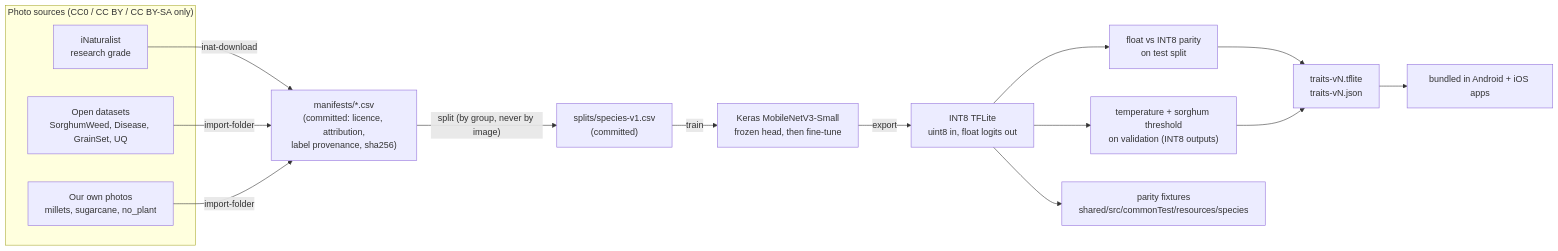
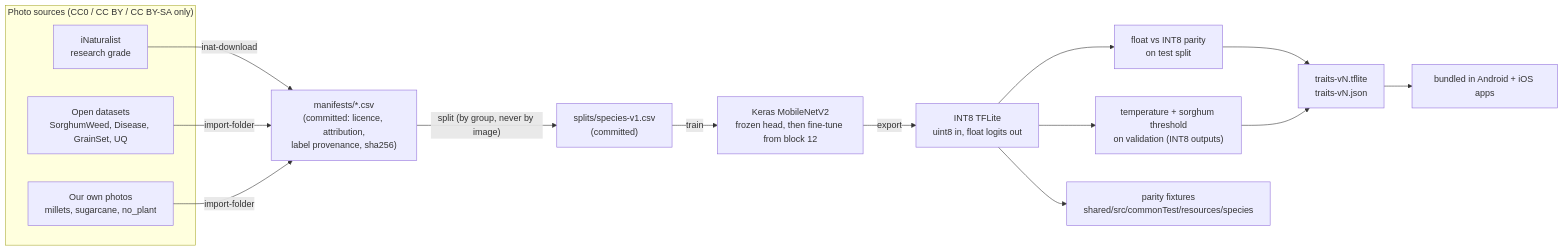
One commit to devabdullahi/Application-for-Sorghum-phenotype-identification- changed the diagram in docs/flows/07-model-training-pipeline.mermaid. Above: the diagram before and after it, drawn with Mermaid. The commit also changed 4 other files, not shown here.

First line of the commit message:
docs: ADR-0010, MobileNetV2 backbone converted with TensorFlow 2.17

```diff
--- a/docs/flows/07-model-training-pipeline.mermaid
+++ b/docs/flows/07-model-training-pipeline.mermaid
@@ -1,19 +1,19 @@
 %% Status: code written on feature/model-species-head; train/export not run yet (see model/README.md).
 flowchart LR
     subgraph Sources["Photo sources (CC0 / CC BY / CC BY-SA only)"]
         INAT["iNaturalist<br/>research grade"]
         OPEN["Open datasets<br/>SorghumWeed, Disease, GrainSet, UQ"]
         TEAM["Our own photos<br/>millets, sugarcane, no_plant"]
     end
 
     INAT -- "inat-download" --> MAN["manifests/*.csv<br/>(committed: licence, attribution,<br/>label provenance, sha256)"]
     OPEN -- "import-folder" --> MAN
     TEAM -- "import-folder" --> MAN
     MAN -- "split (by group, never by image)" --> SPL["splits/species-v1.csv<br/>(committed)"]
-    SPL -- "train" --> KER["Keras MobileNetV3-Small<br/>frozen head, then fine-tune"]
+    SPL -- "train" --> KER["Keras MobileNetV2<br/>frozen head, then fine-tune from block 12"]
     KER -- "export" --> Q["INT8 TFLite<br/>uint8 in, float logits out"]
     Q --> PAR["float vs INT8 parity<br/>on test split"]
     Q --> CAL["temperature + sorghum threshold<br/>on validation (INT8 outputs)"]
     PAR & CAL --> OUT["traits-vN.tflite<br/>traits-vN.json"]
     Q --> FIX["parity fixtures<br/>shared/src/commonTest/resources/species"]
     OUT --> APP["bundled in Android + iOS apps"]
```
